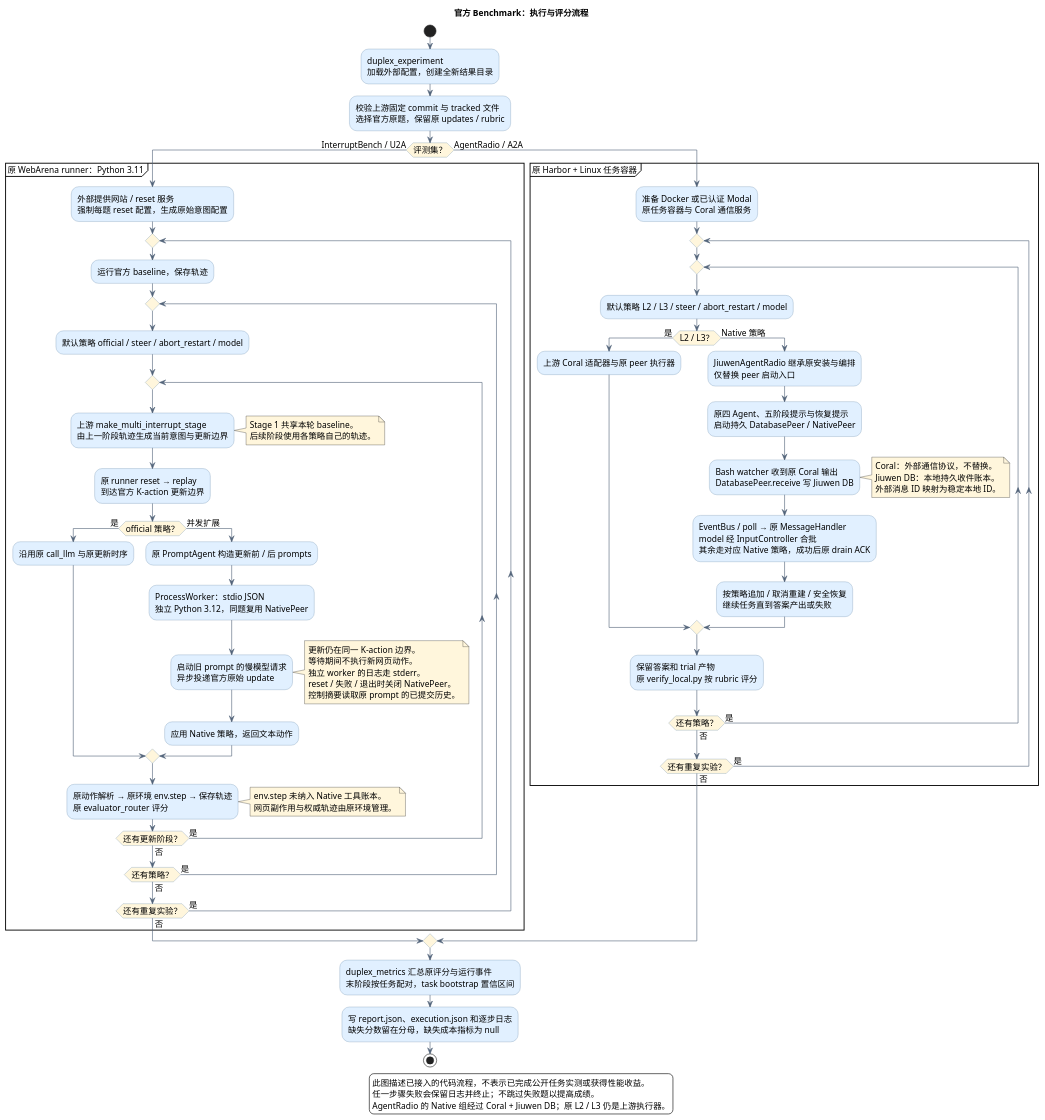
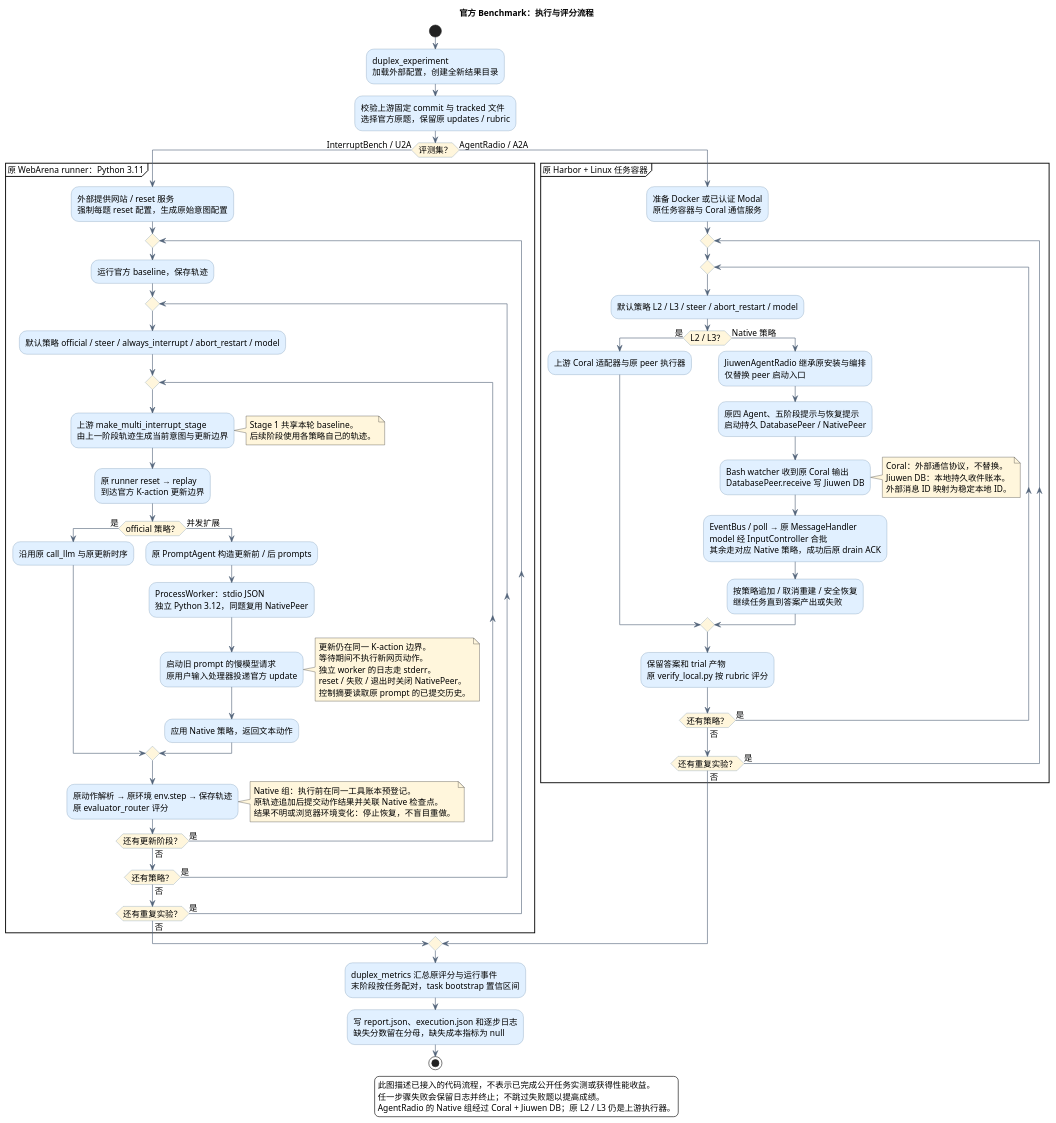
The diagram in docs/diagrams/duplex-benchmark-flow.puml (zuiho-kai/jiuwenswarm), drawn with PlantUML before and after one commit. The commit also changed 32 other files, not shown here.

```diff
--- a/docs/diagrams/duplex-benchmark-flow.puml
+++ b/docs/diagrams/duplex-benchmark-flow.puml
@@ -1,88 +1,89 @@
 @startuml duplex-benchmark-flow
 title 官方 Benchmark：执行与评分流程
 skinparam defaultFontName Microsoft YaHei
 skinparam defaultFontSize 14
 skinparam shadowing false
 skinparam ArrowColor #52647A
 skinparam activityBackgroundColor #E1F0FF
 skinparam activityBorderColor #6A8BAB
 skinparam activityDiamondBackgroundColor #FFF6DC
 skinparam noteBackgroundColor #FFF6DC
 skinparam backgroundColor #FFFFFF
 
 start
 :duplex_experiment\n加载外部配置，创建全新结果目录;
 :校验上游固定 commit 与 tracked 文件\n选择官方原题，保留原 updates / rubric;
 if (评测集？) then (InterruptBench / U2A)
   partition "原 WebArena runner：Python 3.11" {
     :外部提供网站 / reset 服务\n强制每题 reset 配置，生成原始意图配置;
     repeat
       :运行官方 baseline，保存轨迹;
       repeat
-        :默认策略 official / steer / abort_restart / model;
+        :默认策略 official / steer / always_interrupt / abort_restart / model;
         repeat
           :上游 make_multi_interrupt_stage\n由上一阶段轨迹生成当前意图与更新边界;
           note right
             Stage 1 共享本轮 baseline。
             后续阶段使用各策略自己的轨迹。
           end note
           :原 runner reset → replay\n到达官方 K-action 更新边界;
           if (official 策略？) then (是)
             :沿用原 call_llm 与原更新时序;
           else (并发扩展)
             :原 PromptAgent 构造更新前 / 后 prompts;
             :ProcessWorker：stdio JSON\n独立 Python 3.12，同题复用 NativePeer;
-            :启动旧 prompt 的慢模型请求\n异步投递官方原始 update;
+            :启动旧 prompt 的慢模型请求\n原用户输入处理器投递官方 update;
             note right
               更新仍在同一 K-action 边界。
               等待期间不执行新网页动作。
               独立 worker 的日志走 stderr。
               reset / 失败 / 退出时关闭 NativePeer。
               控制摘要读取原 prompt 的已提交历史。
             end note
             :应用 Native 策略，返回文本动作;
           endif
           :原动作解析 → 原环境 env.step → 保存轨迹\n原 evaluator_router 评分;
           note right
-            env.step 未纳入 Native 工具账本。
-            网页副作用与权威轨迹由原环境管理。
+            Native 组：执行前在同一工具账本预登记。
+            原轨迹追加后提交动作结果并关联 Native 检查点。
+            结果不明或浏览器环境变化：停止恢复，不盲目重做。
           end note
         repeat while (还有更新阶段？) is (是) not (否)
       repeat while (还有策略？) is (是) not (否)
     repeat while (还有重复实验？) is (是) not (否)
   }
 else (AgentRadio / A2A)
   partition "原 Harbor + Linux 任务容器" {
     :准备 Docker 或已认证 Modal\n原任务容器与 Coral 通信服务;
     repeat
       repeat
         :默认策略 L2 / L3 / steer / abort_restart / model;
         if (L2 / L3？) then (是)
           :上游 Coral 适配器与原 peer 执行器;
         else (Native 策略)
           :JiuwenAgentRadio 继承原安装与编排\n仅替换 peer 启动入口;
           :原四 Agent、五阶段提示与恢复提示\n启动持久 DatabasePeer / NativePeer;
           :Bash watcher 收到原 Coral 输出\nDatabasePeer.receive 写 Jiuwen DB;
           note right
             Coral：外部通信协议，不替换。
             Jiuwen DB：本地持久收件账本。
             外部消息 ID 映射为稳定本地 ID。
           end note
           :EventBus / poll → 原 MessageHandler\nmodel 经 InputController 合批\n其余走对应 Native 策略，成功后原 drain ACK;
           :按策略追加 / 取消重建 / 安全恢复\n继续任务直到答案产出或失败;
         endif
         :保留答案和 trial 产物\n原 verify_local.py 按 rubric 评分;
       repeat while (还有策略？) is (是) not (否)
     repeat while (还有重复实验？) is (是) not (否)
   }
 endif
 :duplex_metrics 汇总原评分与运行事件\n末阶段按任务配对，task bootstrap 置信区间;
 :写 report.json、execution.json 和逐步日志\n缺失分数留在分母，缺失成本指标为 null;
 stop
 
 legend bottom
 此图描述已接入的代码流程，不表示已完成公开任务实测或获得性能收益。
 任一步骤失败会保留日志并终止；不跳过失败题以提高成绩。
 AgentRadio 的 Native 组经过 Coral + Jiuwen DB；原 L2 / L3 仍是上游执行器。
 endlegend
 @enduml
```
